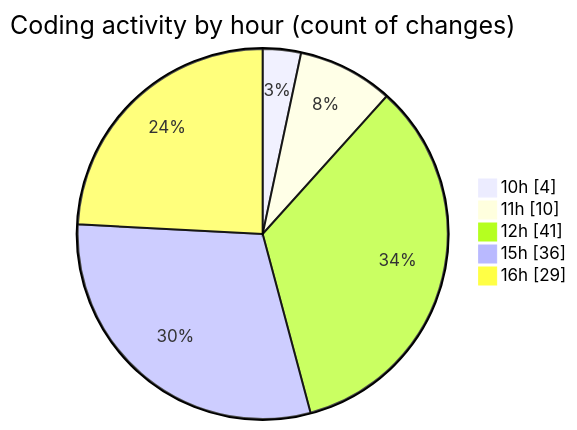
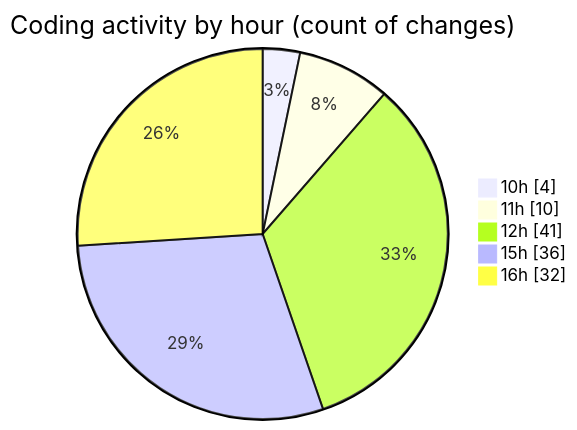
Before and after one commit to nxtqubesakshisongat/code-tracking: the second of 2 diagrams in 2026-03-05/nxtqube_webapp/README.md, drawn with Mermaid. The commit also changed other lines of this file and 1 other file, not shown here.

````diff
--- a/2026-03-05/nxtqube_webapp/README.md
+++ b/2026-03-05/nxtqube_webapp/README.md
@@ -37,9 +39,9 @@
 ```mermaid
 pie showData
 title Coding activity by hour (count of changes)
 "10h" : 4
 "11h" : 10
 "12h" : 41
 "15h" : 36
-"16h" : 29
+"16h" : 32
 ```
````
